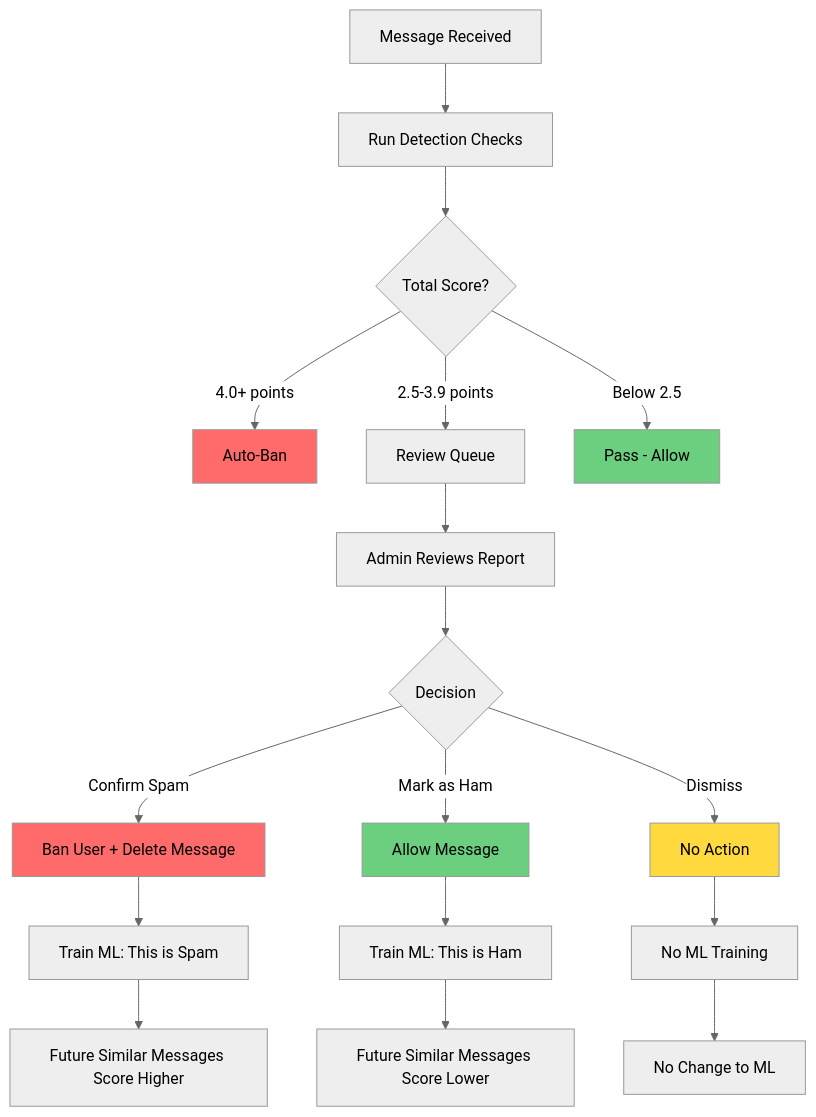
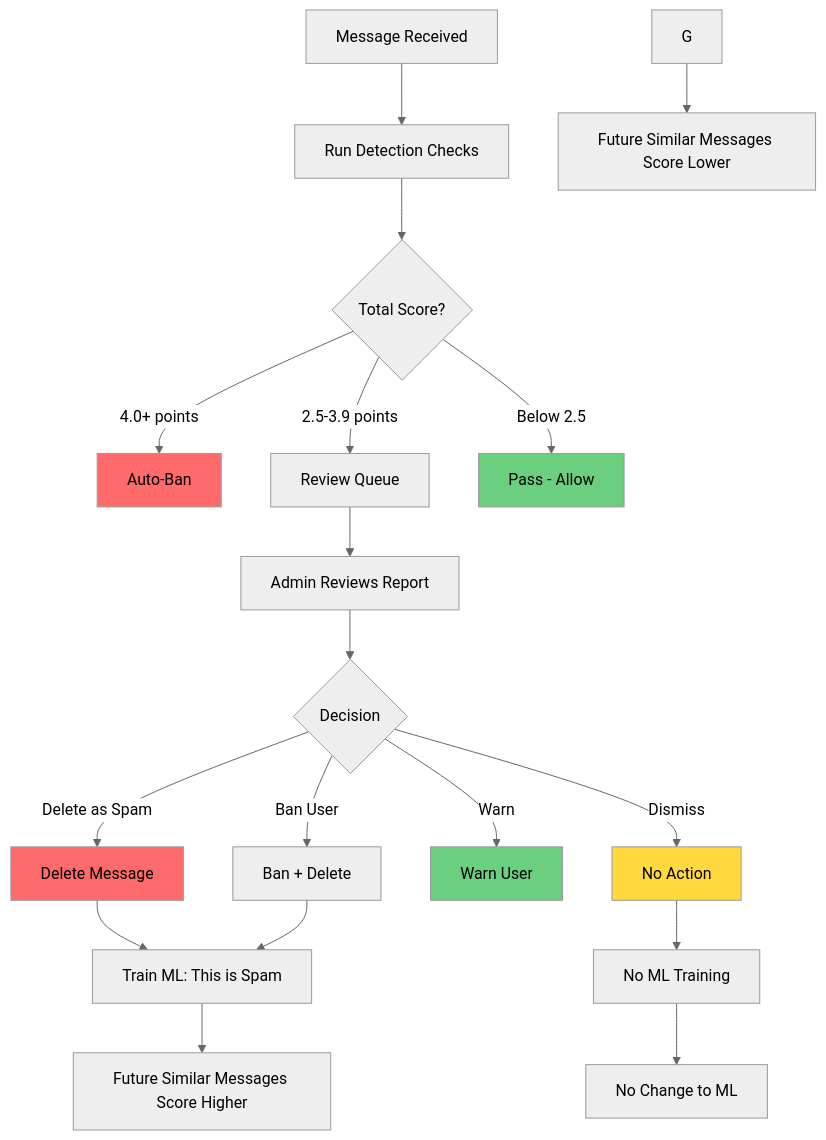
Before and after one commit to musicislife08/TelegramGroupsAdmin: the diagram in TelegramGroupsAdmin/Docs/features/02-reports.md, drawn with Mermaid (neutral theme). The commit also changed other lines of this file and 17 other files, not shown here.

````diff
--- a/TelegramGroupsAdmin/Docs/features/02-reports.md
+++ b/TelegramGroupsAdmin/Docs/features/02-reports.md
@@ -158,28 +166,29 @@
 ```mermaid
 flowchart TD
     M[Message Received] --> S[Run Detection Checks]
     S --> T{Total Score?}
     T -->|4.0+ points| AB[Auto-Ban]
     T -->|2.5-3.9 points| RQ[Review Queue]
     T -->|Below 2.5| P[Pass - Allow]
 
     RQ --> A[Admin Reviews Report]
     A --> B{Decision}
-    B -->|Confirm Spam| C[Ban User + Delete Message]
-    B -->|Mark as Ham| D[Allow Message]
+    B -->|Delete as Spam| C[Delete Message]
+    B -->|Ban User| C2[Ban + Delete]
+    B -->|Warn| D[Warn User]
     B -->|Dismiss| E[No Action]
 
     C --> F[Train ML: This is Spam]
-    D --> G[Train ML: This is Ham]
+    C2 --> F
     E --> H[No ML Training]
 
     F --> I[Future Similar Messages Score Higher]
     G --> J[Future Similar Messages Score Lower]
     H --> K[No Change to ML]
 
     style AB fill:#ff6b6b
     style C fill:#ff6b6b
     style D fill:#6bcf7f
     style E fill:#ffd93d
     style P fill:#6bcf7f
 ```
````
